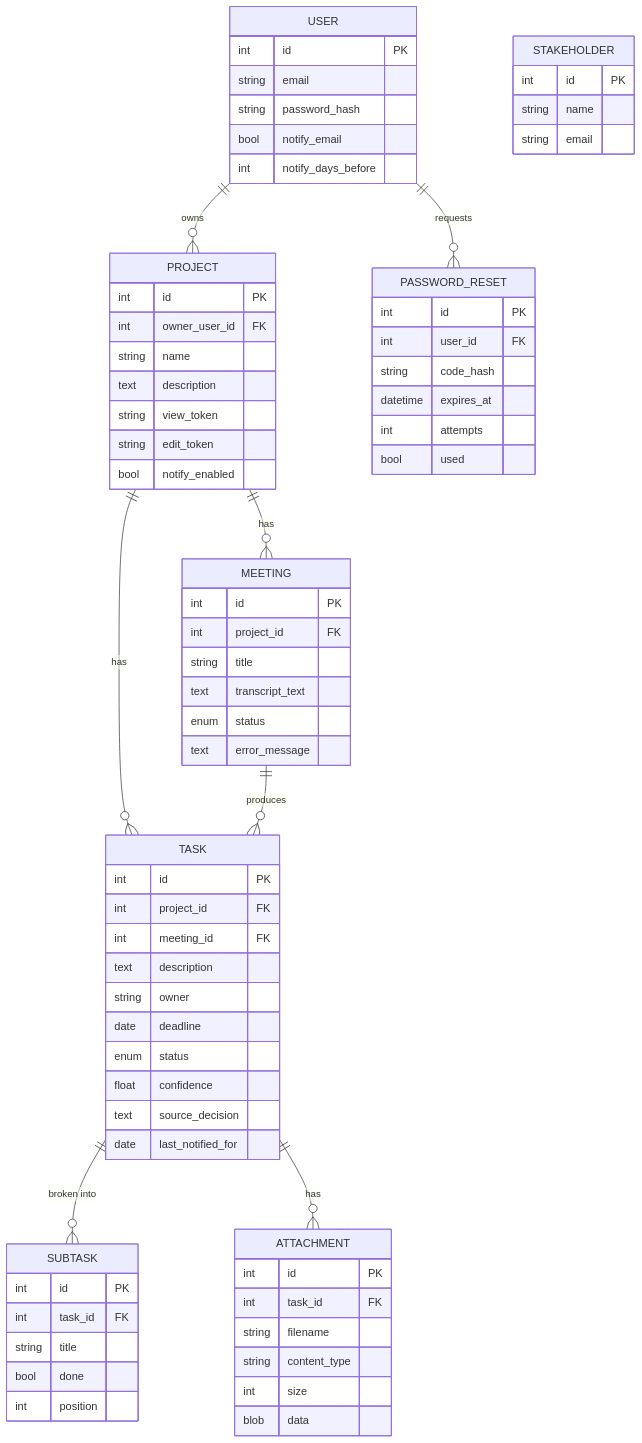
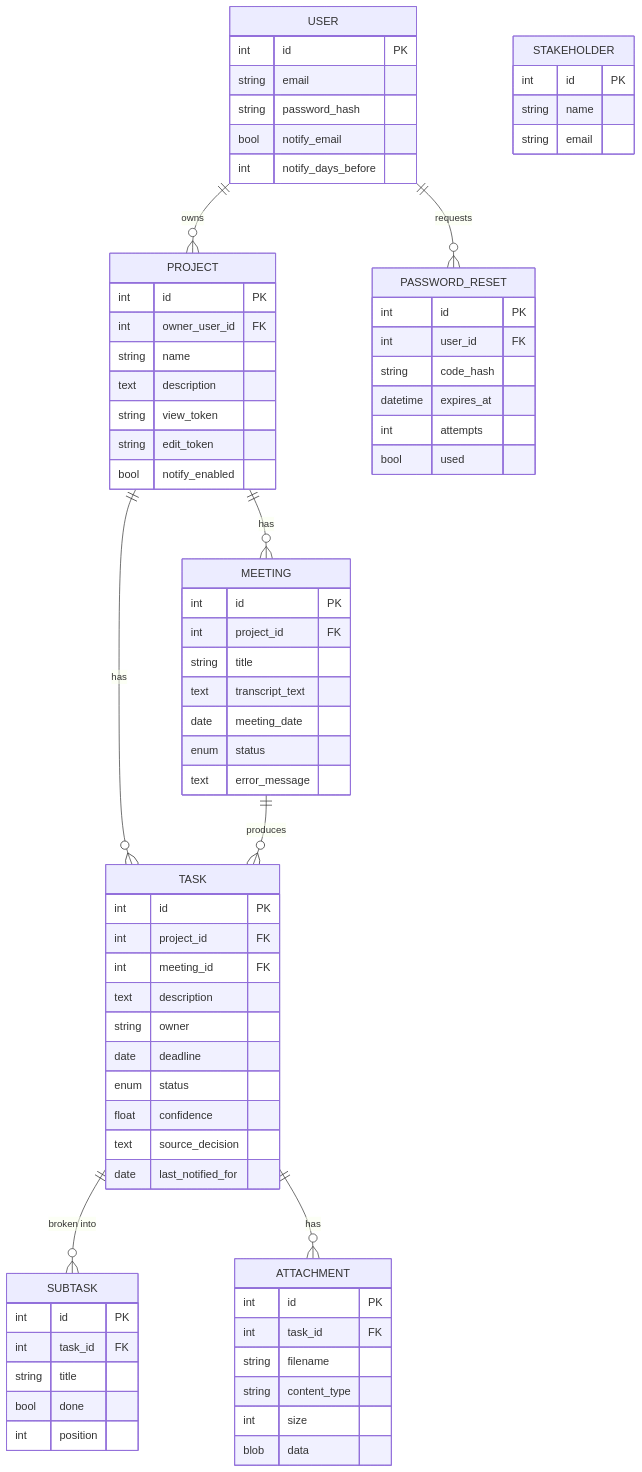
One commit to chinliong/meeting-orchestrator changed the third of 3 diagrams in docs/architecture.md. Above: the diagram before and after it, drawn with Mermaid. The commit also changed other lines of this file and 4 other files, not shown here.

````diff
--- a/docs/architecture.md
+++ b/docs/architecture.md
@@ -186,74 +192,75 @@
 ```mermaid
 erDiagram
     USER ||--o{ PROJECT : owns
     USER ||--o{ PASSWORD_RESET : requests
     PROJECT ||--o{ MEETING : has
     PROJECT ||--o{ TASK : has
     MEETING ||--o{ TASK : produces
     TASK ||--o{ SUBTASK : "broken into"
     TASK ||--o{ ATTACHMENT : has
     USER {
         int id PK
         string email
         string password_hash
         bool notify_email
         int notify_days_before
     }
     PASSWORD_RESET {
         int id PK
         int user_id FK
         string code_hash
         datetime expires_at
         int attempts
         bool used
     }
     PROJECT {
         int id PK
         int owner_user_id FK
         string name
         text description
         string view_token
         string edit_token
         bool notify_enabled
     }
     MEETING {
         int id PK
         int project_id FK
         string title
         text transcript_text
+        date meeting_date
         enum status
         text error_message
     }
     TASK {
         int id PK
         int project_id FK
         int meeting_id FK
         text description
         string owner
         date deadline
         enum status
         float confidence
         text source_decision
         date last_notified_for
     }
     SUBTASK {
         int id PK
         int task_id FK
         string title
         bool done
         int position
     }
     ATTACHMENT {
         int id PK
         int task_id FK
         string filename
         string content_type
         int size
         blob data
     }
     STAKEHOLDER {
         int id PK
         string name
         string email
     }
 ```
````
